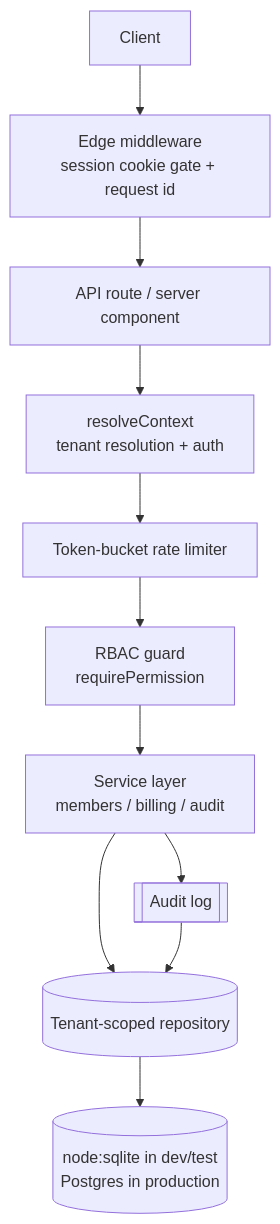
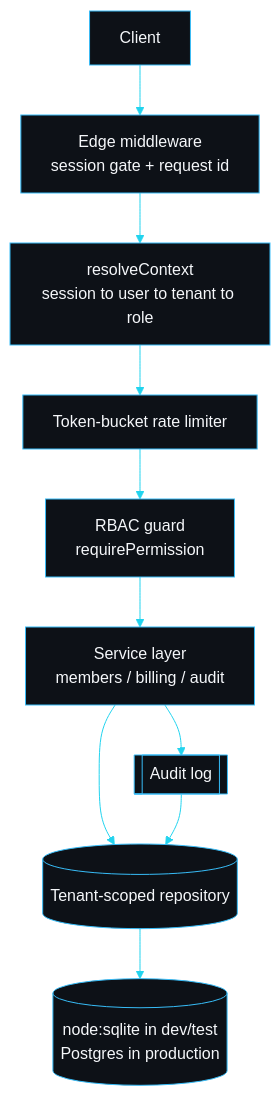
Before and after one commit to sarmakska/shipyard: the diagram in README.md, drawn with Mermaid. The commit also changed other lines of this file, not shown here.

````diff
--- a/README.md
+++ b/README.md
@@ -13,13 +71,13 @@
 ```mermaid
+%%{init: {'theme':'base','themeVariables':{'primaryColor':'#0d1117','primaryTextColor':'#f5f7fa','primaryBorderColor':'#38bdf8','lineColor':'#22d3ee','secondaryColor':'#0f172a','tertiaryColor':'#0d1117','fontFamily':'ui-monospace, monospace'}}}%%
 flowchart TD
-  Client[Client] --> MW[Edge middleware<br/>session cookie gate + request id]
-  MW --> Route[API route / server component]
-  Route --> Ctx[resolveContext<br/>tenant resolution + auth]
+  Client[Client] --> MW[Edge middleware<br/>session gate + request id]
+  MW --> Ctx[resolveContext<br/>session to user to tenant to role]
   Ctx --> RL[Token-bucket rate limiter]
   RL --> Guard[RBAC guard<br/>requirePermission]
   Guard --> Svc[Service layer<br/>members / billing / audit]
   Svc --> Repo[(Tenant-scoped repository)]
   Repo --> DB[(node:sqlite in dev/test<br/>Postgres in production)]
   Svc --> Audit[[Audit log]]
   Audit --> Repo
 ```
````
